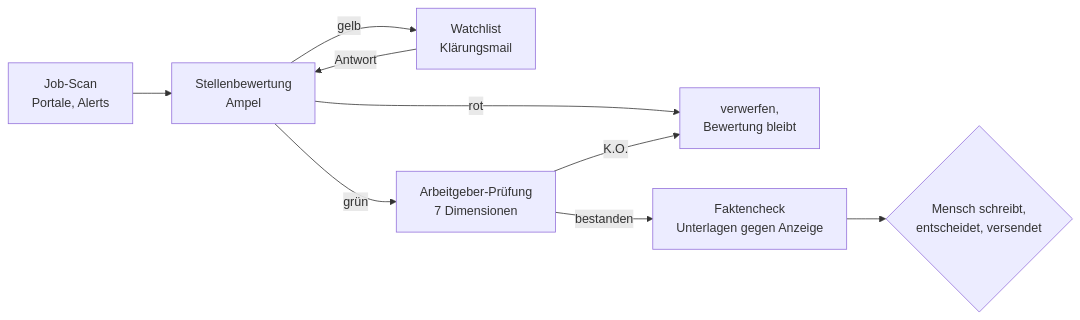
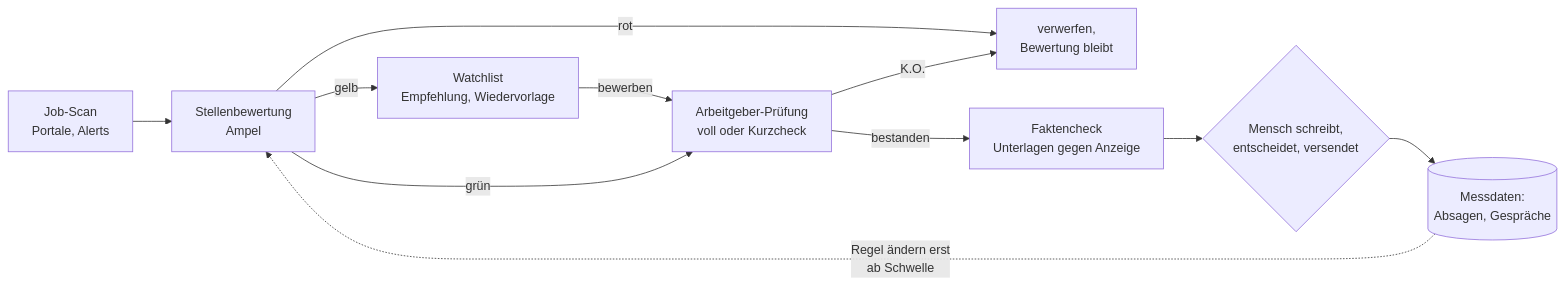
One commit to 0LVR/ki-assistenzsystem changed the diagram in README.md. Above: the diagram before and after it, drawn with Mermaid. The commit also changed other lines of this file and 3 other files, not shown here.

````diff
--- a/README.md
+++ b/README.md
@@ -66,11 +69,13 @@
 ```mermaid
 flowchart LR
     A[Job-Scan<br/>Portale, Alerts] --> B[Stellenbewertung<br/>Ampel]
     B -->|rot| X[verwerfen,<br/>Bewertung bleibt]
-    B -->|gelb| W[Watchlist<br/>Klärungsmail]
-    W -->|Antwort| B
-    B -->|grün| C[Arbeitgeber-Prüfung<br/>7 Dimensionen]
+    B -->|gelb| W[Watchlist<br/>Empfehlung, Wiedervorlage]
+    W -->|bewerben| C
+    B -->|grün| C[Arbeitgeber-Prüfung<br/>voll oder Kurzcheck]
     C -->|K.O.| X
     C -->|bestanden| D[Faktencheck<br/>Unterlagen gegen Anzeige]
     D --> E{Mensch schreibt,<br/>entscheidet, versendet}
+    E --> M[(Messdaten:<br/>Absagen, Gespräche)]
+    M -.Regel ändern erst<br/>ab Schwelle.-> B
 ```
````
